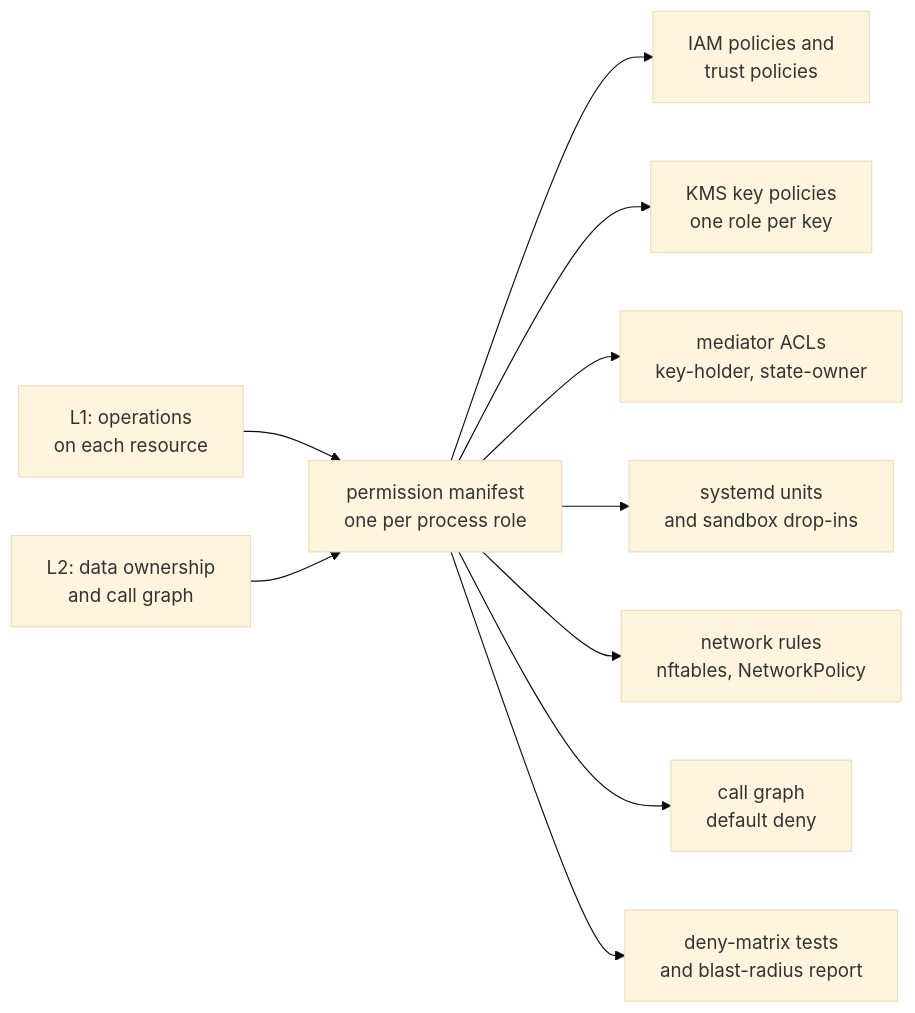
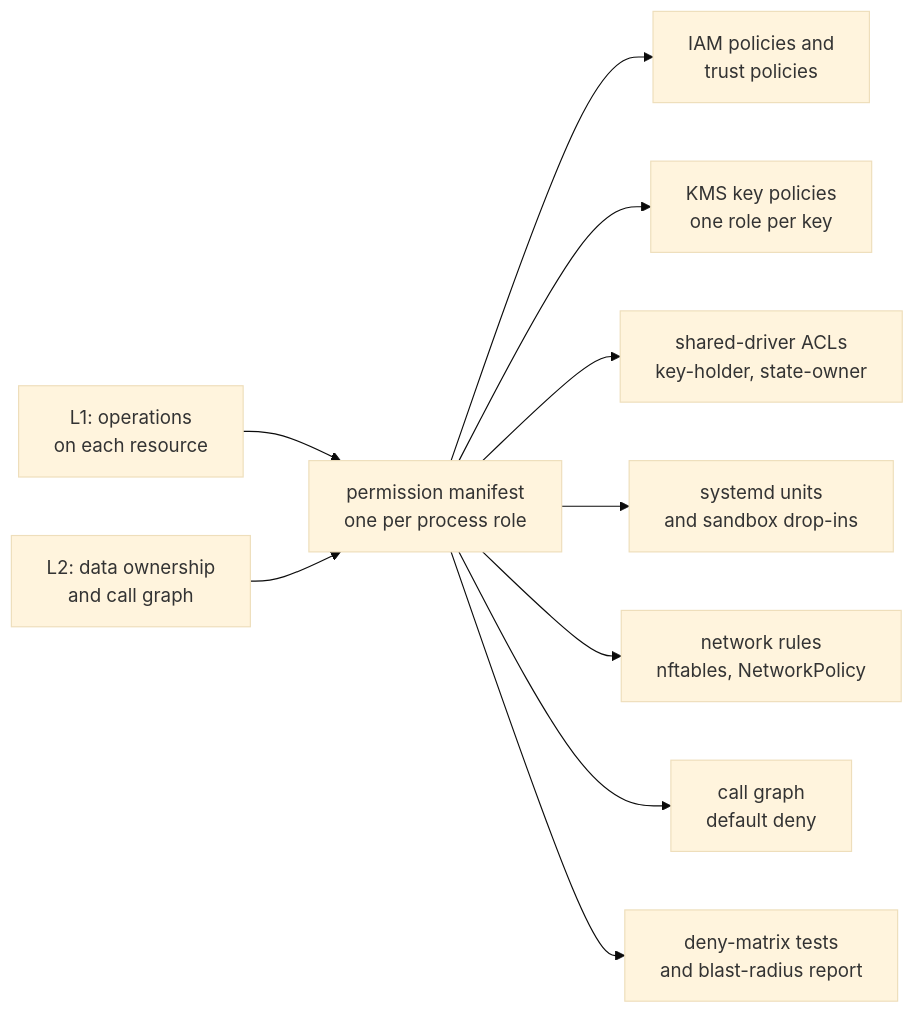
Before and after one commit to truvity/sluis: the diagram in docs/architecture/index.md, drawn with Mermaid (base theme). The commit also changed 9 other files, not shown here.

Commit message:
docs(site): retire the word mediator in favour of shared driver

````diff
--- a/docs/architecture/index.md
+++ b/docs/architecture/index.md
@@ -25,14 +25,14 @@
 ```mermaid
 flowchart LR
   l1["L1: operations<br/>on each resource"] --> m
   l2["L2: data ownership<br/>and call graph"] --> m
   m["permission manifest<br/>one per process role"]
 
   m --> iam["IAM policies and<br/>trust policies"]
   m --> kms["KMS key policies<br/>one role per key"]
-  m --> acl["mediator ACLs<br/>key-holder, state-owner"]
+  m --> acl["shared-driver ACLs<br/>key-holder, state-owner"]
   m --> units["systemd units<br/>and sandbox drop-ins"]
   m --> net["network rules<br/>nftables, NetworkPolicy"]
   m --> cg["call graph<br/>default deny"]
   m --> tests["deny-matrix tests<br/>and blast-radius report"]
 ```
````
